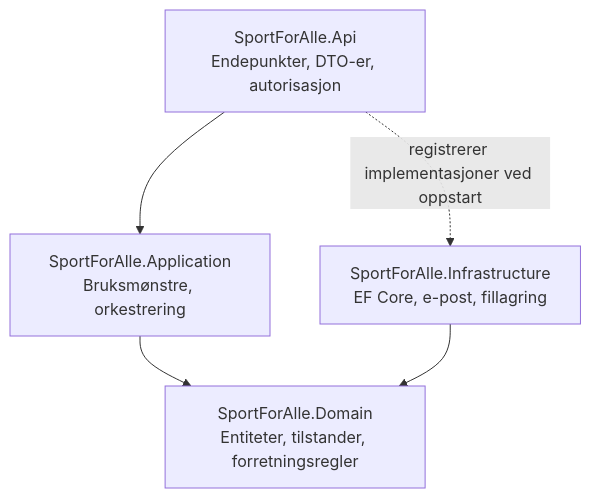
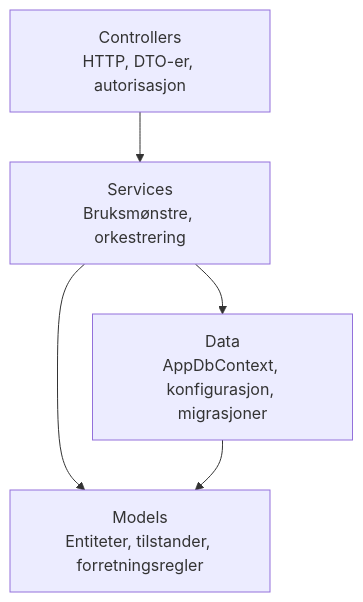
Before and after one commit to Ketas1/Fagprove: the second of 3 diagrams in docs/02-arkitektur.md, drawn with Mermaid. The commit also changed other lines of this file and 63 other files, not shown here.

````diff
--- a/docs/02-arkitektur.md
+++ b/docs/02-arkitektur.md
@@ -50,12 +50,12 @@
 ```mermaid
 flowchart TD
-    API["SportForAlle.Api<br/>Endepunkter, DTO-er, autorisasjon"]
-    APP["SportForAlle.Application<br/>Bruksmønstre, orkestrering"]
-    DOM["SportForAlle.Domain<br/>Entiteter, tilstander, forretningsregler"]
-    INF["SportForAlle.Infrastructure<br/>EF Core, e-post, fillagring"]
+    C["Controllers<br/>HTTP, DTO-er, autorisasjon"]
+    S["Services<br/>Bruksmønstre, orkestrering"]
+    M["Models<br/>Entiteter, tilstander, forretningsregler"]
+    DA["Data<br/>AppDbContext, konfigurasjon, migrasjoner"]
 
-    API --> APP
-    APP --> DOM
-    INF --> DOM
-    API -. "registrerer implementasjoner ved oppstart" .-> INF
+    C --> S
+    S --> M
+    S --> DA
+    DA --> M
 ```
````
